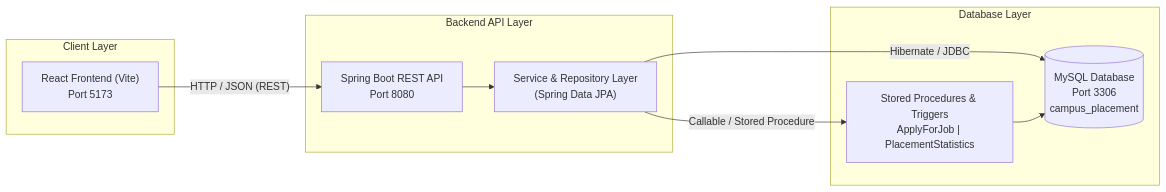
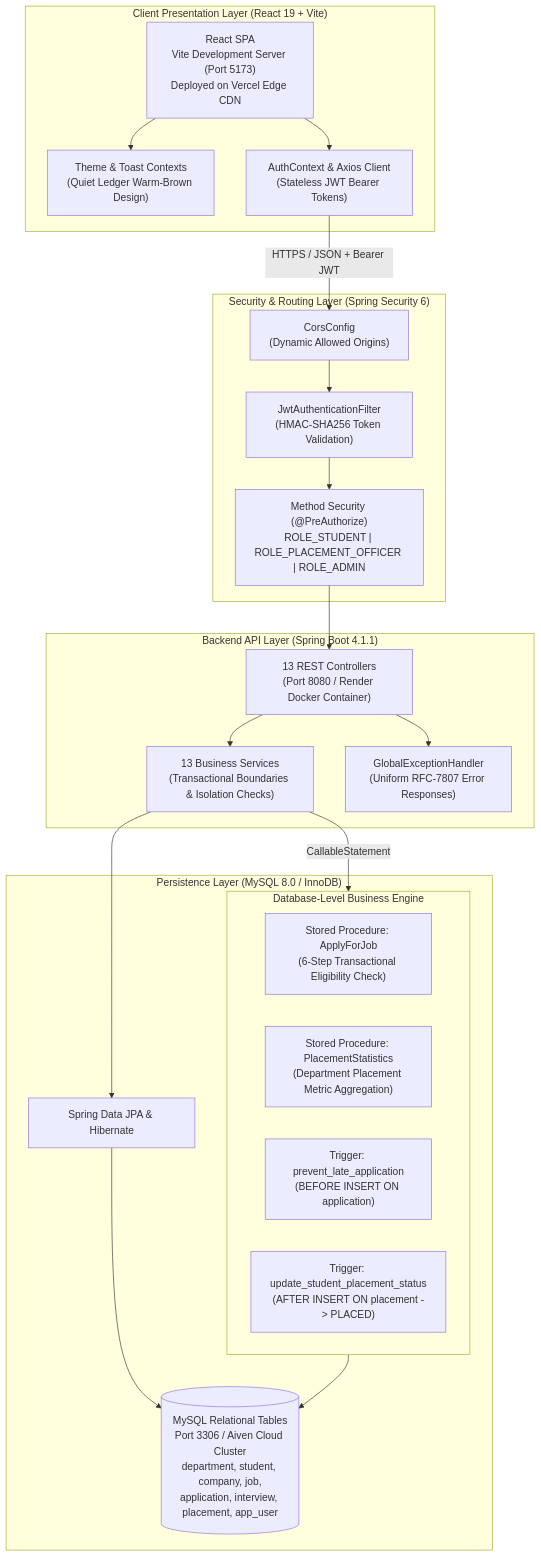
One commit to manikandanmp27/placement-management-system changed the diagram in README.md. Above: the diagram before and after it, drawn with Mermaid. The commit also changed other lines of this file, not shown here.

````diff
--- a/README.md
+++ b/README.md
@@ -13,22 +42,44 @@
 ```mermaid
-graph LR
-    subgraph Client ["Client Layer"]
-        A["React Frontend (Vite)<br/>Port 5173"]
+graph TD
+    subgraph Client ["Client Presentation Layer (React 19 + Vite)"]
+        UI["React SPA<br/>Vite Development Server (Port 5173)<br/>Deployed on Vercel Edge CDN"]
+        Theme["Theme & Toast Contexts<br/>(Quiet Ledger Warm-Brown Design)"]
+        AuthContext["AuthContext & Axios Client<br/>(Stateless JWT Bearer Tokens)"]
+        UI --> Theme
+        UI --> AuthContext
     end
 
-    subgraph Server ["Backend API Layer"]
-        B["Spring Boot REST API<br/>Port 8080"]
-        C["Service & Repository Layer<br/>(Spring Data JPA)"]
+    subgraph Security ["Security & Routing Layer (Spring Security 6)"]
+        CORS["CorsConfig<br/>(Dynamic Allowed Origins)"]
+        JWTFilter["JwtAuthenticationFilter<br/>(HMAC-SHA256 Token Validation)"]
+        RBAC["Method Security (@PreAuthorize)<br/>ROLE_STUDENT | ROLE_PLACEMENT_OFFICER | ROLE_ADMIN"]
+        CORS --> JWTFilter --> RBAC
     end
 
-    subgraph Database ["Database Layer"]
-        D[("MySQL Database<br/>Port 3306<br/>campus_placement")]
-        E["Stored Procedures & Triggers<br/>ApplyForJob | PlacementStatistics"]
+    subgraph Backend ["Backend API Layer (Spring Boot 4.1.1)"]
+        Controllers["13 REST Controllers<br/>(Port 8080 / Render Docker Container)"]
+        Services["13 Business Services<br/>(Transactional Boundaries & Isolation Checks)"]
+        ExceptionHandler["GlobalExceptionHandler<br/>(Uniform RFC-7807 Error Responses)"]
+        Controllers --> Services
+        Controllers --> ExceptionHandler
     end
 
-    A -- "HTTP / JSON (REST)" --> B
-    B --> C
-    C -- "Hibernate / JDBC" --> D
-    C -- "Callable / Stored Procedure" --> E
-    E --> D
+    subgraph Database ["Persistence Layer (MySQL 8.0 / InnoDB)"]
+        JPA["Spring Data JPA & Hibernate"]
+        Tables[("MySQL Relational Tables<br/>Port 3306 / Aiven Cloud Cluster<br/>department, student, company, job,<br/>application, interview, placement, app_user")]
+        
+        subgraph Logic ["Database-Level Business Engine"]
+            SP1["Stored Procedure: ApplyForJob<br/>(6-Step Transactional Eligibility Check)"]
+            SP2["Stored Procedure: PlacementStatistics<br/>(Department Placement Metric Aggregation)"]
+            TR1["Trigger: prevent_late_application<br/>(BEFORE INSERT ON application)"]
+            TR2["Trigger: update_student_placement_status<br/>(AFTER INSERT ON placement -> PLACED)"]
+        end
+    end
+
+    AuthContext -- "HTTPS / JSON + Bearer JWT" --> CORS
+    RBAC --> Controllers
+    Services --> JPA
+    JPA --> Tables
+    Services -- "CallableStatement" --> Logic
+    Logic --> Tables
 ```
````
